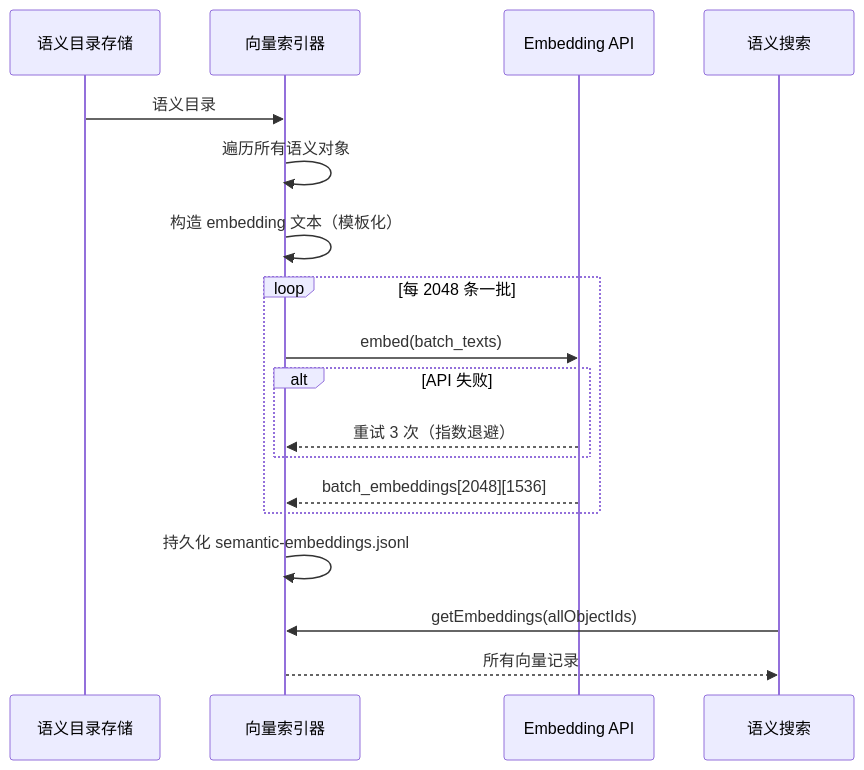
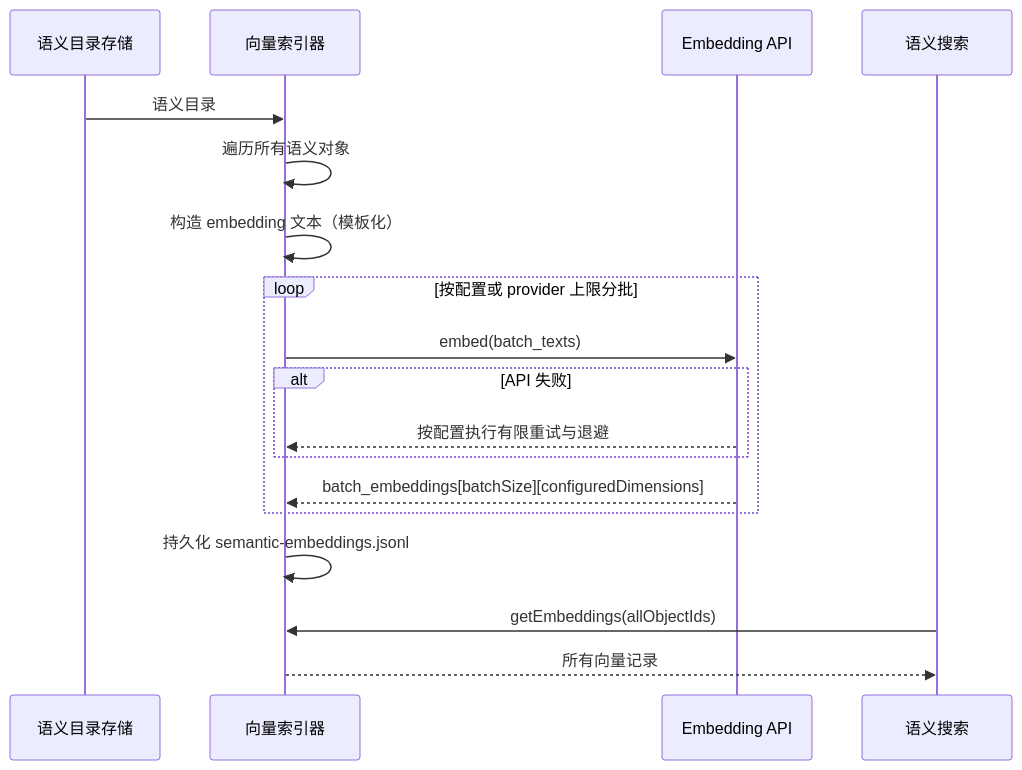
The third of 4 diagrams in docs/design/semantic-layer/06-embedding-indexer.md (xiaoguang/relation-detector), drawn with Mermaid before and after one commit. The commit also changed other lines of this file and 21 other files, not shown here.

````diff
--- a/docs/design/semantic-layer/06-embedding-indexer.md
+++ b/docs/design/semantic-layer/06-embedding-indexer.md
@@ -135,21 +135,21 @@
 ```mermaid
 sequenceDiagram
     participant CS as 语义目录存储
     participant EI as 向量索引器
     participant API as Embedding API
     participant SS as 语义搜索
 
     CS->>EI: 语义目录
     EI->>EI: 遍历所有语义对象
     EI->>EI: 构造 embedding 文本（模板化）
-    loop 每 2048 条一批
+    loop 按配置或 provider 上限分批
         EI->>API: embed(batch_texts)
         alt API 失败
-            API-->>EI: 重试 3 次（指数退避）
+            API-->>EI: 按配置执行有限重试与退避
         end
-        API-->>EI: batch_embeddings[2048][1536]
+        API-->>EI: batch_embeddings[batchSize][configuredDimensions]
     end
     EI->>EI: 持久化 semantic-embeddings.jsonl
     SS->>EI: getEmbeddings(allObjectIds)
     EI-->>SS: 所有向量记录
 ```
````
